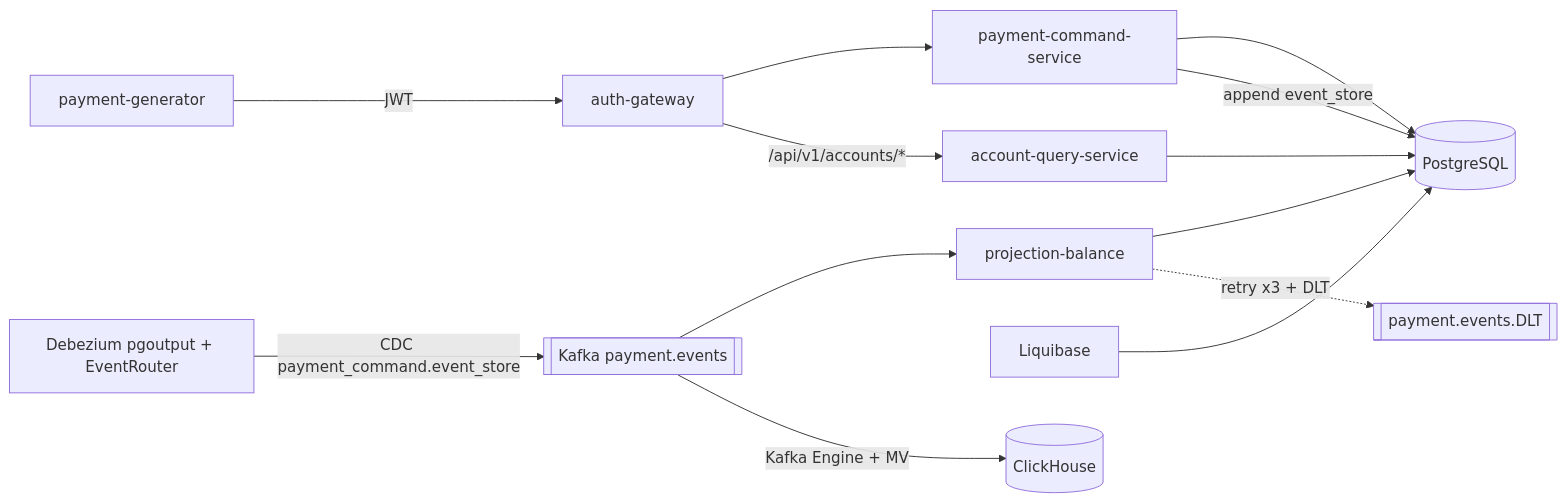
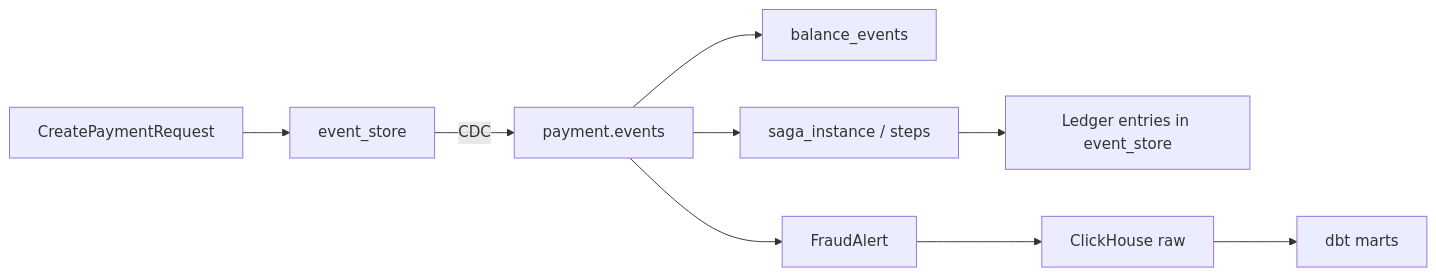
The third of 3 diagrams in README.md (AndrewVerenich/pay-pulse), drawn with Mermaid before and after one commit. The commit also changed other lines of this file, not shown here.

````diff
--- a/README.md
+++ b/README.md
@@ -37,23 +244,11 @@
 ```mermaid
 flowchart LR
-  gen[payment-generator]
-  gw[auth-gateway]
-  cmd[payment-command-service]
-  proj[projection-balance]
-  query[account-query-service]
-  pg[(PostgreSQL)]
-  lb[Liquibase]
-  k[[Kafka payment.events]]
-  dlt[[payment.events.DLT]]
-  dz[Debezium pgoutput + EventRouter]
-  ch[(ClickHouse)]
-
-  gen -->|JWT| gw --> cmd --> pg
-  lb --> pg
-  cmd -->|append event_store| pg
-  dz -->|CDC payment_command.event_store| k
-  k --> proj --> pg
-  proj -.retry x3 + DLT.-> dlt
-  gw -->|/api/v1/accounts/*| query --> pg
-  k -->|Kafka Engine + MV| ch
+  Req[CreatePaymentRequest] --> ES[event_store]
+  ES -->|CDC| PE[payment.events]
+  PE --> BE[balance_events]
+  PE --> FA[FraudAlert]
+  PE --> Saga[saga_instance / steps]
+  Saga --> LE[Ledger entries in event_store]
+  FA --> CH[ClickHouse raw]
+  CH --> Marts[dbt marts]
 ```
````
